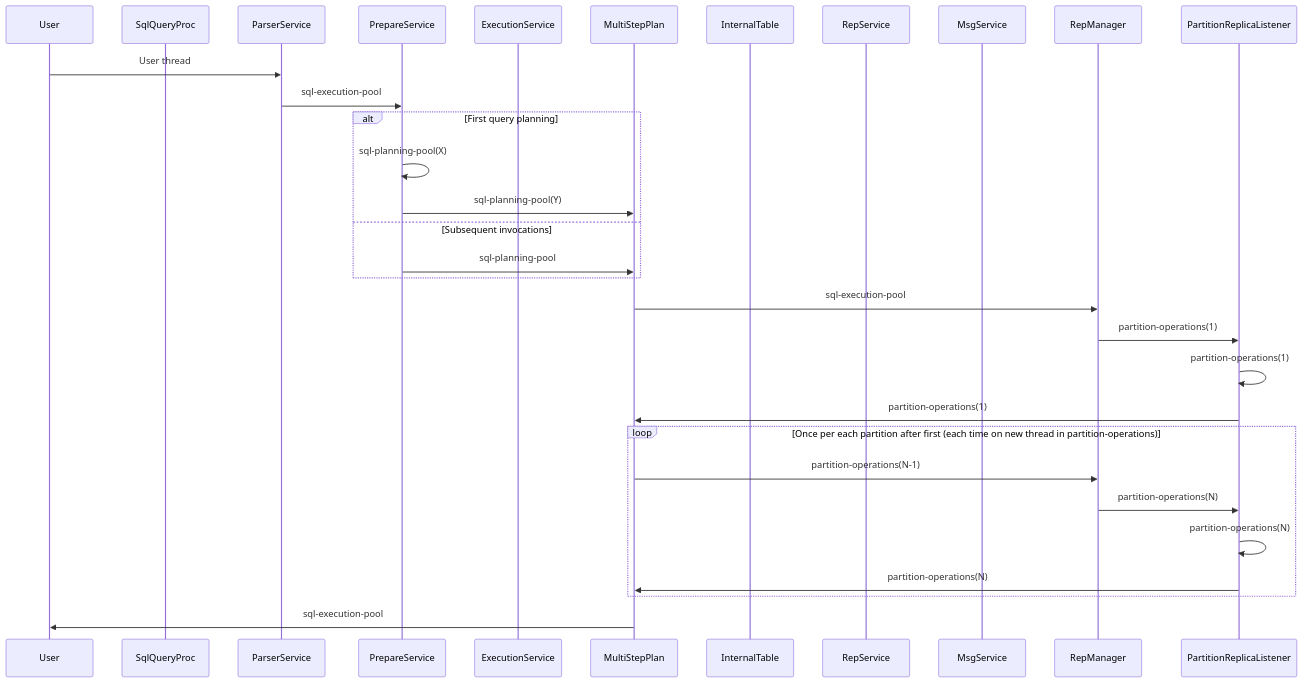
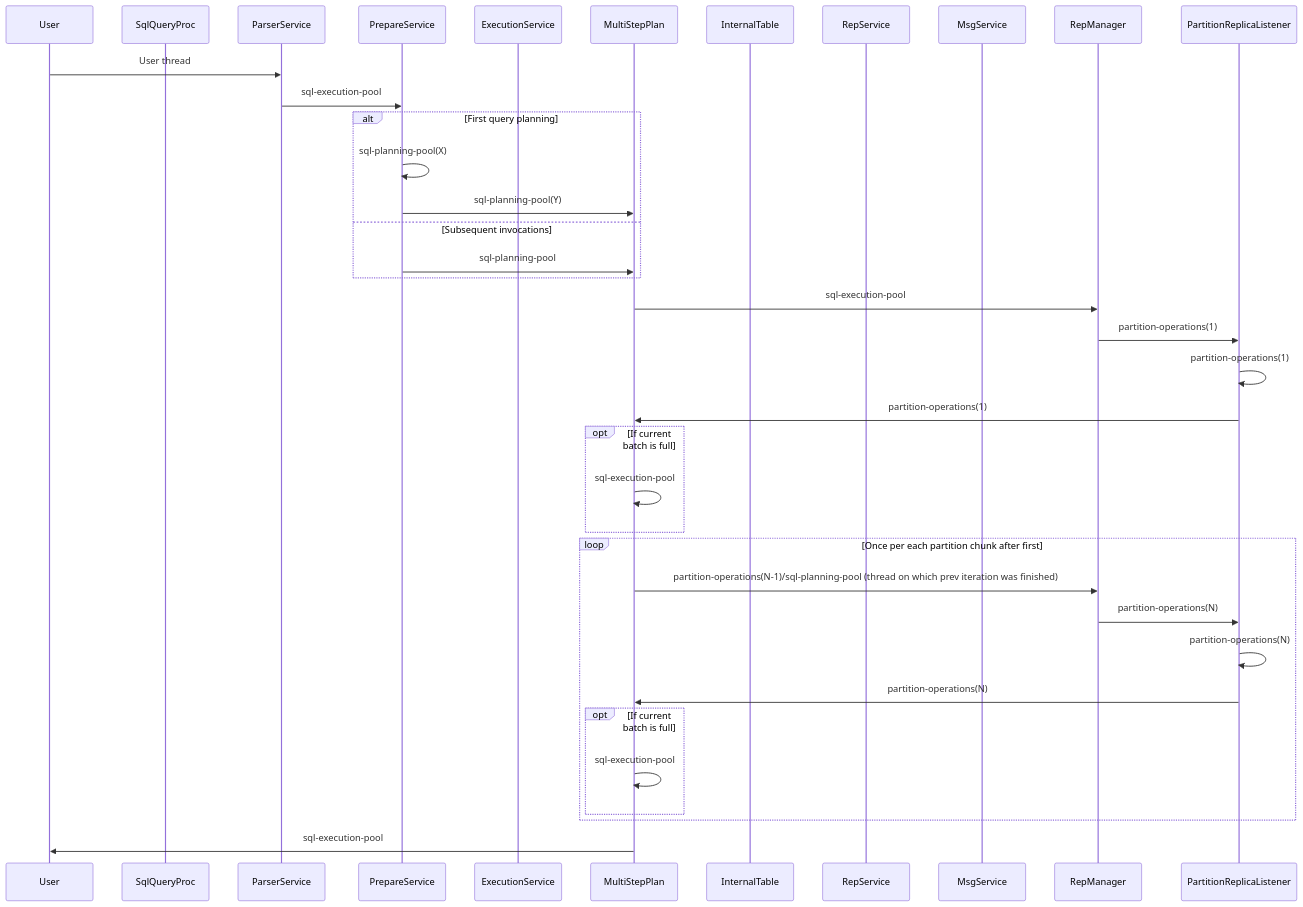
The fourth of 4 diagrams in thread-traces.md (gridgain/apache-ignite-3), drawn with Mermaid before and after one commit.

````diff
--- a/thread-traces.md
+++ b/thread-traces.md
@@ -85,34 +85,40 @@
 ```mermaid
 sequenceDiagram
 participant User
 participant SQLProc as SqlQueryProc
 participant ParserService
 participant PrepareService
 participant ExecutionService
 participant MultiStepPlan
 participant InternalTable
 participant RepService
 participant MsgService
 participant RepManager
 participant PRL as PartitionReplicaListener
 
 User ->> ParserService: User thread
 ParserService ->> PrepareService: sql-execution-pool
 alt First query planning
   PrepareService ->> PrepareService: sql-planning-pool(X)
   PrepareService ->> MultiStepPlan: sql-planning-pool(Y)
 else Subsequent invocations
   PrepareService ->> MultiStepPlan: sql-planning-pool
 end
 MultiStepPlan ->> RepManager: sql-execution-pool
 RepManager ->> PRL: partition-operations(1)
 PRL ->> PRL: partition-operations(1)
 PRL ->> MultiStepPlan: partition-operations(1)
-loop Once per each partition after first (each time on new thread in partition-operations)
-  MultiStepPlan ->> RepManager: partition-operations(N-1)
+opt If current batch is full
+  MultiStepPlan ->> MultiStepPlan: sql-execution-pool
+end
+loop Once per each partition chunk after first
+  MultiStepPlan ->> RepManager: partition-operations(N-1)/sql-planning-pool (thread on which prev iteration was finished)
   RepManager ->> PRL: partition-operations(N)
   PRL ->> PRL: partition-operations(N)
   PRL ->> MultiStepPlan: partition-operations(N)
+  opt If current batch is full
+    MultiStepPlan ->> MultiStepPlan: sql-execution-pool
+  end
 end
 MultiStepPlan ->> User: sql-execution-pool
 ```
````
